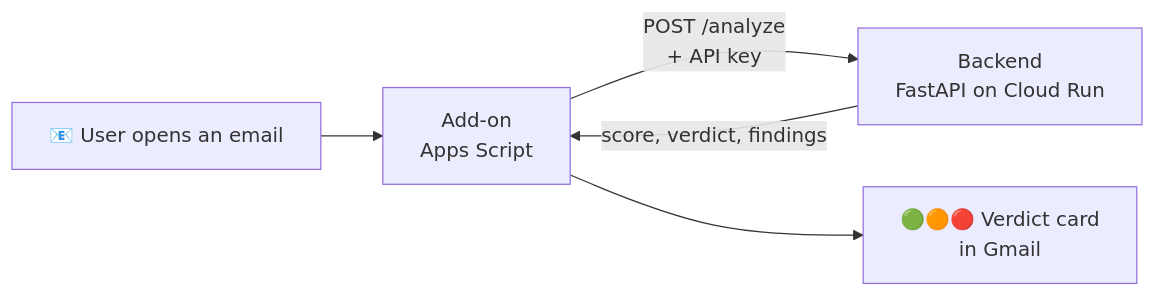
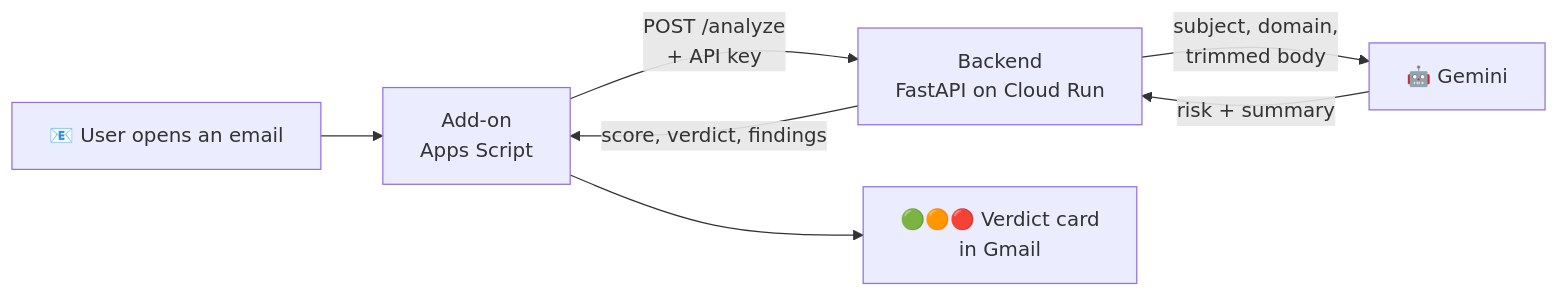
Before and after one commit to kathrinbelorus/upwind-home-task: the diagram in README.md, drawn with Mermaid. The commit also changed other lines of this file, not shown here.

````diff
--- a/README.md
+++ b/README.md
@@ -21,7 +21,9 @@
 ```mermaid
 flowchart LR
     A[📧 User opens an email] --> B[Add-on<br/>Apps Script]
     B -- "POST /analyze<br/>+ API key" --> C[Backend<br/>FastAPI on Cloud Run]
+    C -- "subject, domain,<br/>trimmed body" --> E[🤖 Gemini]
+    E -- "risk + summary" --> C
     C -- "score, verdict, findings" --> B
     B --> D[🟢🟠🔴 Verdict card<br/>in Gmail]
 ```
````
